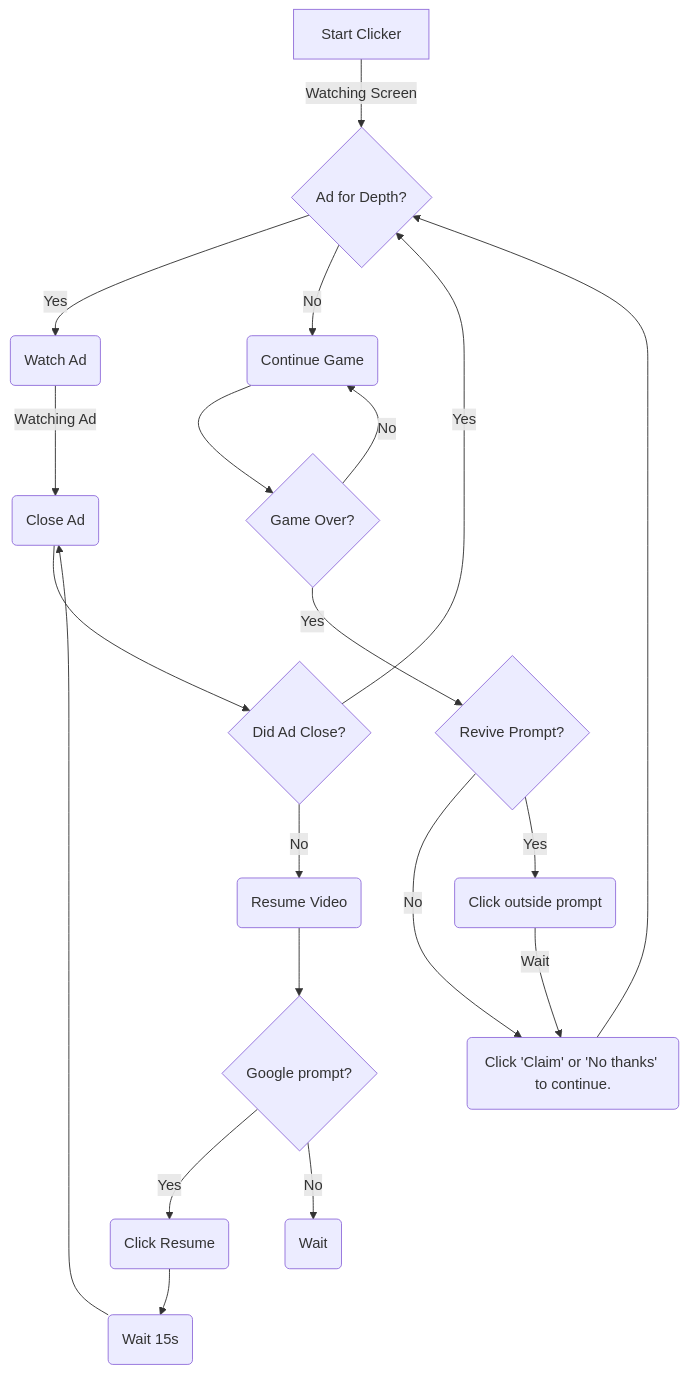
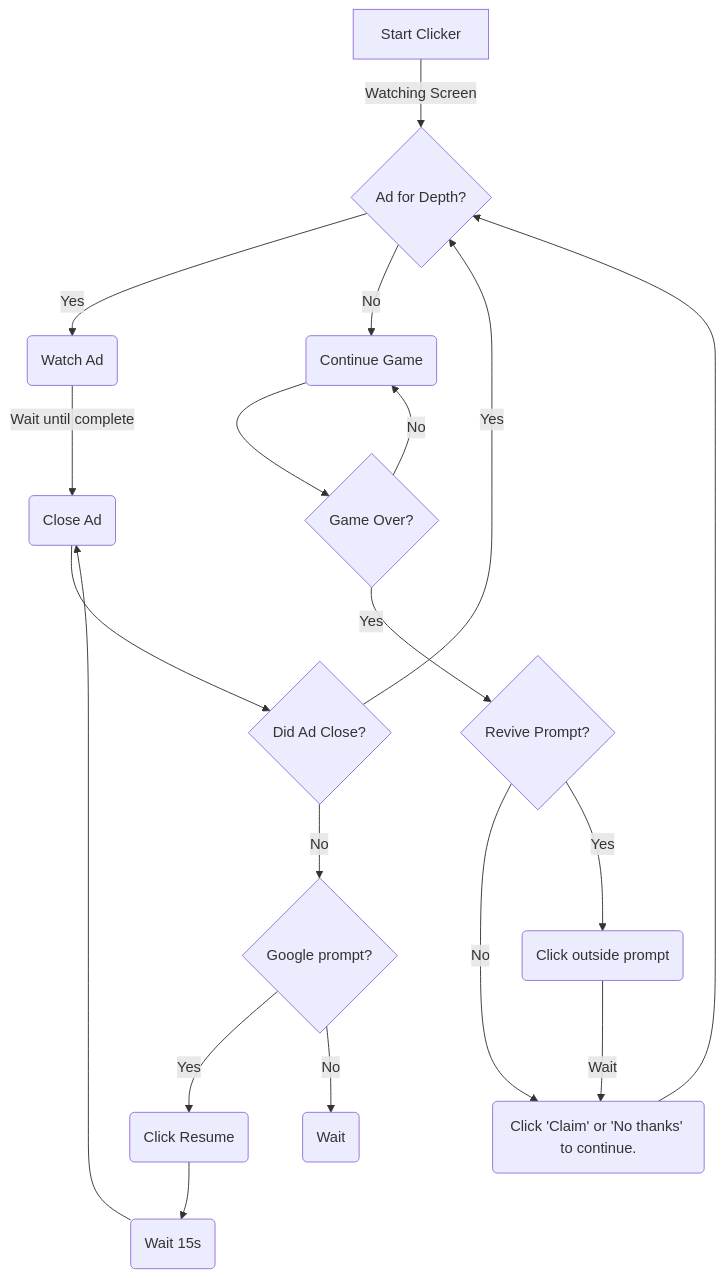
Before and after one commit to Neighborhood-Data-Science/instant-beer-money: the diagram in AutoClick Patterns/Games/CryptoMagnet/README.md, drawn with Mermaid. The commit also changed other lines of this file, not shown here.

````diff
--- a/AutoClick Patterns/Games/CryptoMagnet/README.md
+++ b/AutoClick Patterns/Games/CryptoMagnet/README.md
@@ -46,20 +49,20 @@
 ```mermaid
 graph TD;
     A[Start Clicker]-->|Watching Screen|B{Ad for Depth?};
     B-->|Yes|C(Watch Ad);
     B-->|No|G(Continue Game);
-    C-->|Watching Ad|F(Close Ad);
+    C-->|Wait until complete|F(Close Ad);
     F-->I{Did Ad Close?};
-    I-->|No|K(Resume Video)-->P{Google prompt?};
+    I-->|No|P{Google prompt?};
     I-->|Yes|B{Ad for Depth?};
     P-->|Yes|Q(Click Resume)-->R(Wait 15s);
     P-->|No|S(Wait);
     R-->F(Close Ad);
     G-->L{Game Over?};
     L-->|Yes|N{Revive Prompt?};
     L-->|No|G(Continue Game);
     N-->|No|T(Click 'Claim' or 'No thanks' to continue.);
     N-->|Yes|O(Click outside prompt);
     O-->|Wait|T(Click 'Claim' or 'No thanks' to continue.);
     T-->B{Ad for Depth?};
 ```
````
